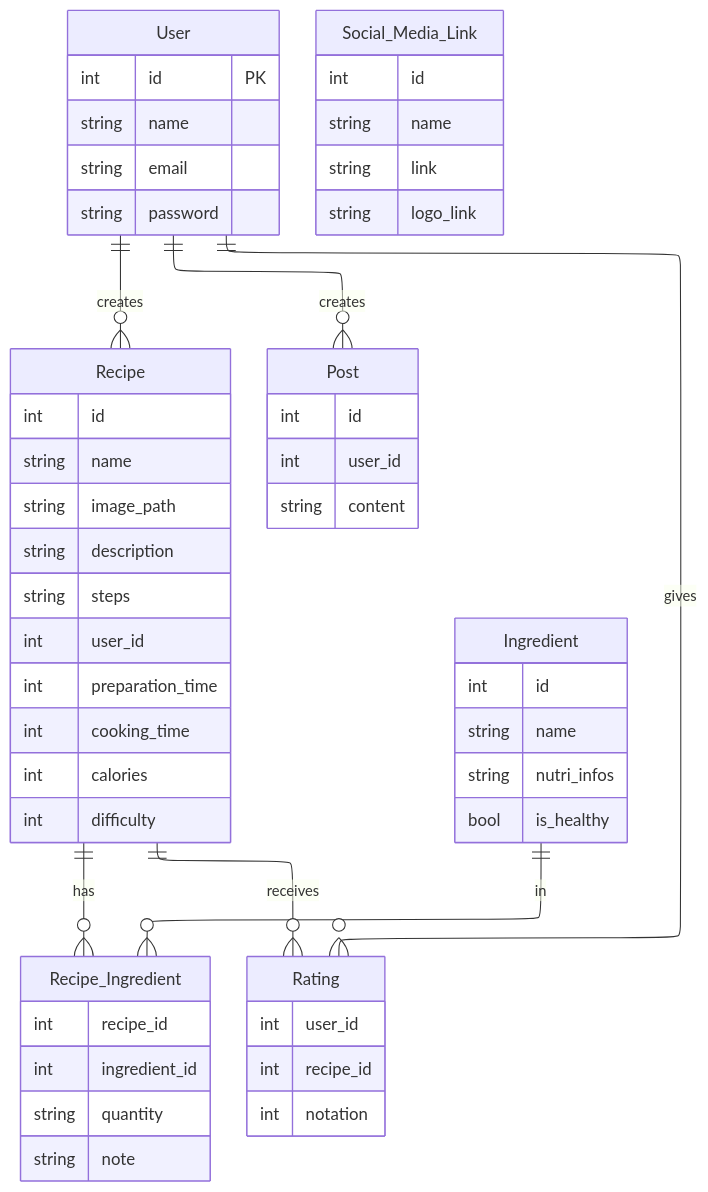
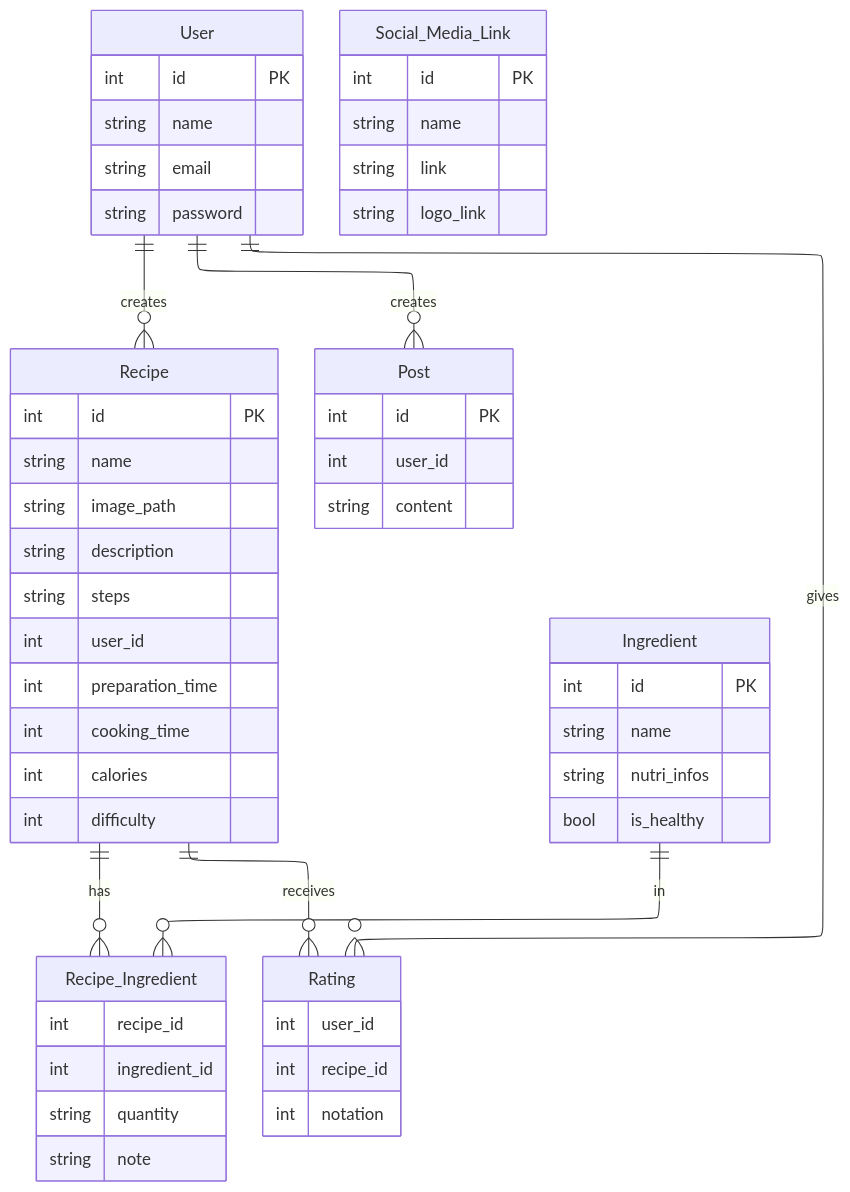
The diagram in readme.md (ihabChaker/KitchenExchange), drawn with Mermaid before and after one commit.

````diff
--- a/readme.md
+++ b/readme.md
@@ -41,67 +41,67 @@
 ```mermaid
 ---
 config:
   layout: elk
   look: classic
 ---
 erDiagram
     User ||--o{ Recipe : creates
     User ||--o{ Post : creates
     Recipe ||--o{ Recipe_Ingredient : has
     Ingredient ||--o{ Recipe_Ingredient : in
     User ||--o{ Rating : gives
     Recipe ||--o{ Rating : receives
 
     User {
         int id PK
         string name
         string email
         string password
     }
   
     Social_Media_Link {
-        int id
+        int id PK
         string name
         string link
         string logo_link
     }
   
     Recipe {
-        int id
+        int id PK
         string name
         string image_path
         string description
         string steps
         int user_id
         int preparation_time
         int cooking_time
         int calories
         int difficulty
     }
   
     Rating {
         int user_id
         int recipe_id
         int notation
     }
   
     Post {
-        int id
+        int id PK
         int user_id
         string content
     }
   
     Ingredient {
-        int id
+        int id PK
         string name
         string nutri_infos
         bool is_healthy
     }
   
     Recipe_Ingredient {
         int recipe_id
         int ingredient_id
         string quantity
         string note
     }
 ```
````
